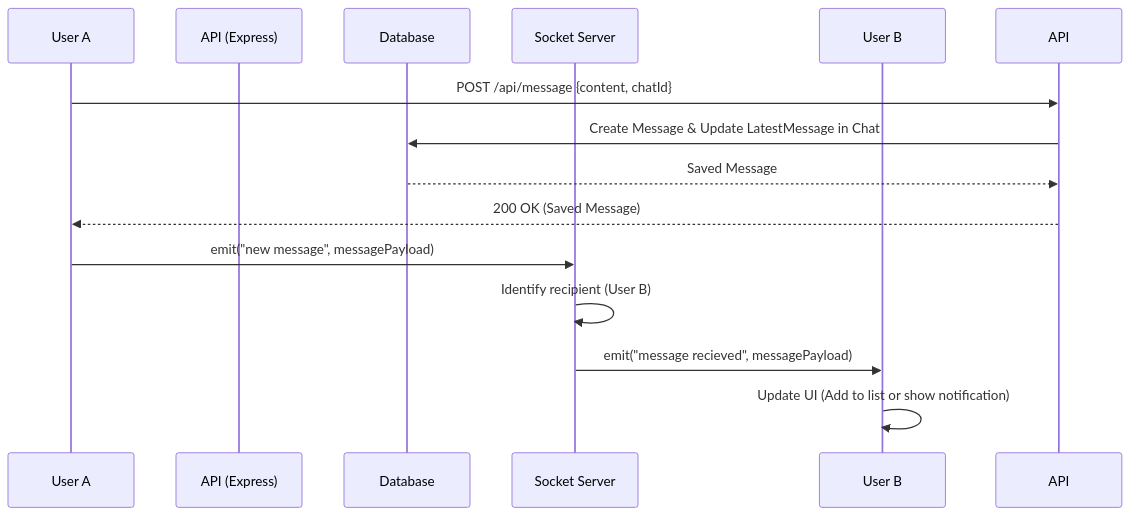
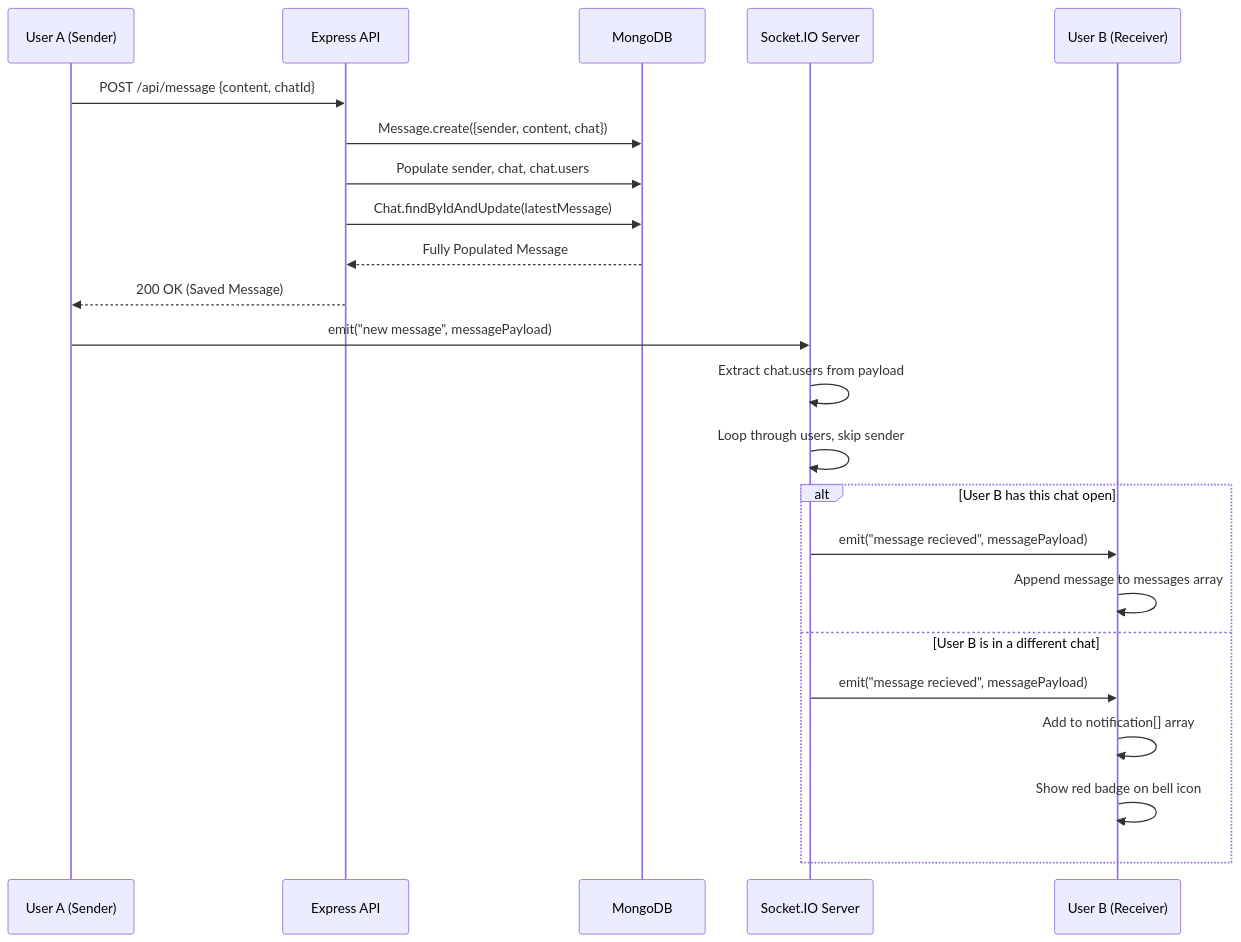
One commit to likhith-gowda-7/DELTA_V1 changed the second of 4 diagrams in PROJECT_DOCUMENTATION.md. Above: the diagram before and after it, drawn with Mermaid. The commit also changed other lines of this file and 2 other files, not shown here.

Commit message:
Update README and documentation with real screenshots, architecture diagrams, and detailed technical specs

````diff
--- a/PROJECT_DOCUMENTATION.md
+++ b/PROJECT_DOCUMENTATION.md
@@ -54,17 +84,28 @@
 ```mermaid
 sequenceDiagram
-    participant User A
-    participant API (Express)
-    participant Database
-    participant Socket Server
-    participant User B
-    
-    User A->>API: POST /api/message {content, chatId}
-    API->>Database: Create Message & Update LatestMessage in Chat
-    Database-->>API: Saved Message
-    API-->>User A: 200 OK (Saved Message)
-    User A->>Socket Server: emit("new message", messagePayload)
-    Socket Server->>Socket Server: Identify recipient (User B)
-    Socket Server->>User B: emit("message recieved", messagePayload)
-    User B->>User B: Update UI (Add to list or show notification)
+    participant A as User A (Sender)
+    participant API as Express API
+    participant DB as MongoDB
+    participant IO as Socket.IO Server
+    participant B as User B (Receiver)
+
+    A->>API: POST /api/message {content, chatId}
+    API->>DB: Message.create({sender, content, chat})
+    API->>DB: Populate sender, chat, chat.users
+    API->>DB: Chat.findByIdAndUpdate(latestMessage)
+    DB-->>API: Fully Populated Message
+    API-->>A: 200 OK (Saved Message)
+
+    A->>IO: emit("new message", messagePayload)
+    IO->>IO: Extract chat.users from payload
+    IO->>IO: Loop through users, skip sender
+
+    alt User B has this chat open
+        IO->>B: emit("message recieved", messagePayload)
+        B->>B: Append message to messages array
+    else User B is in a different chat
+        IO->>B: emit("message recieved", messagePayload)
+        B->>B: Add to notification[] array
+        B->>B: Show red badge on bell icon
+    end
 ```
````
